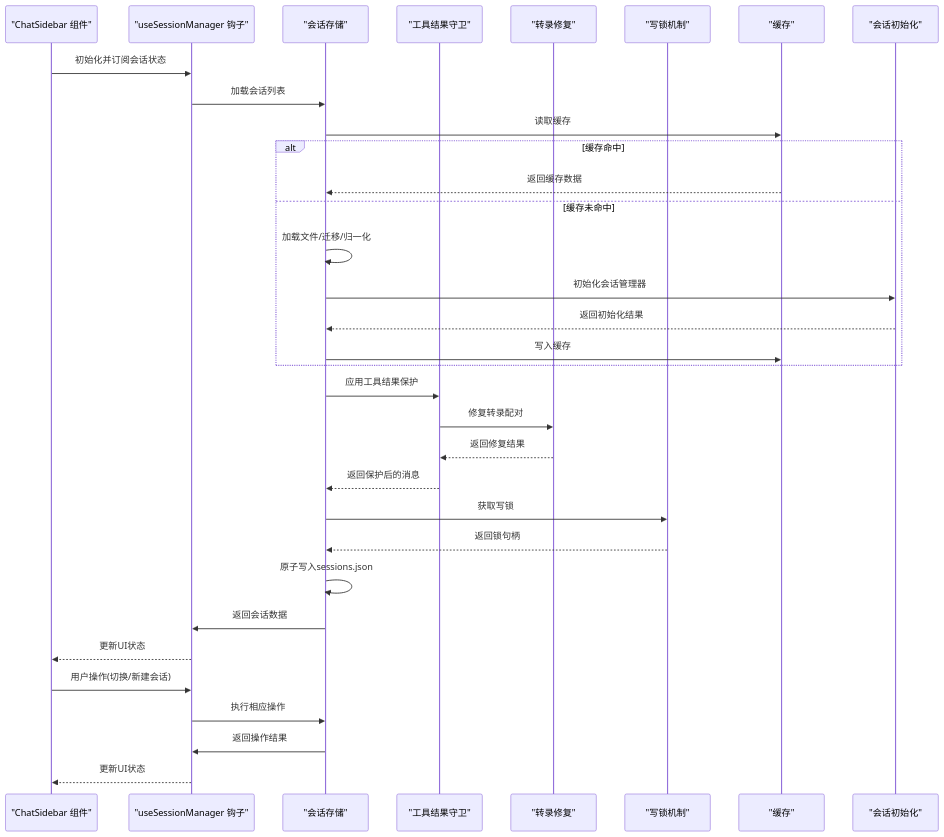
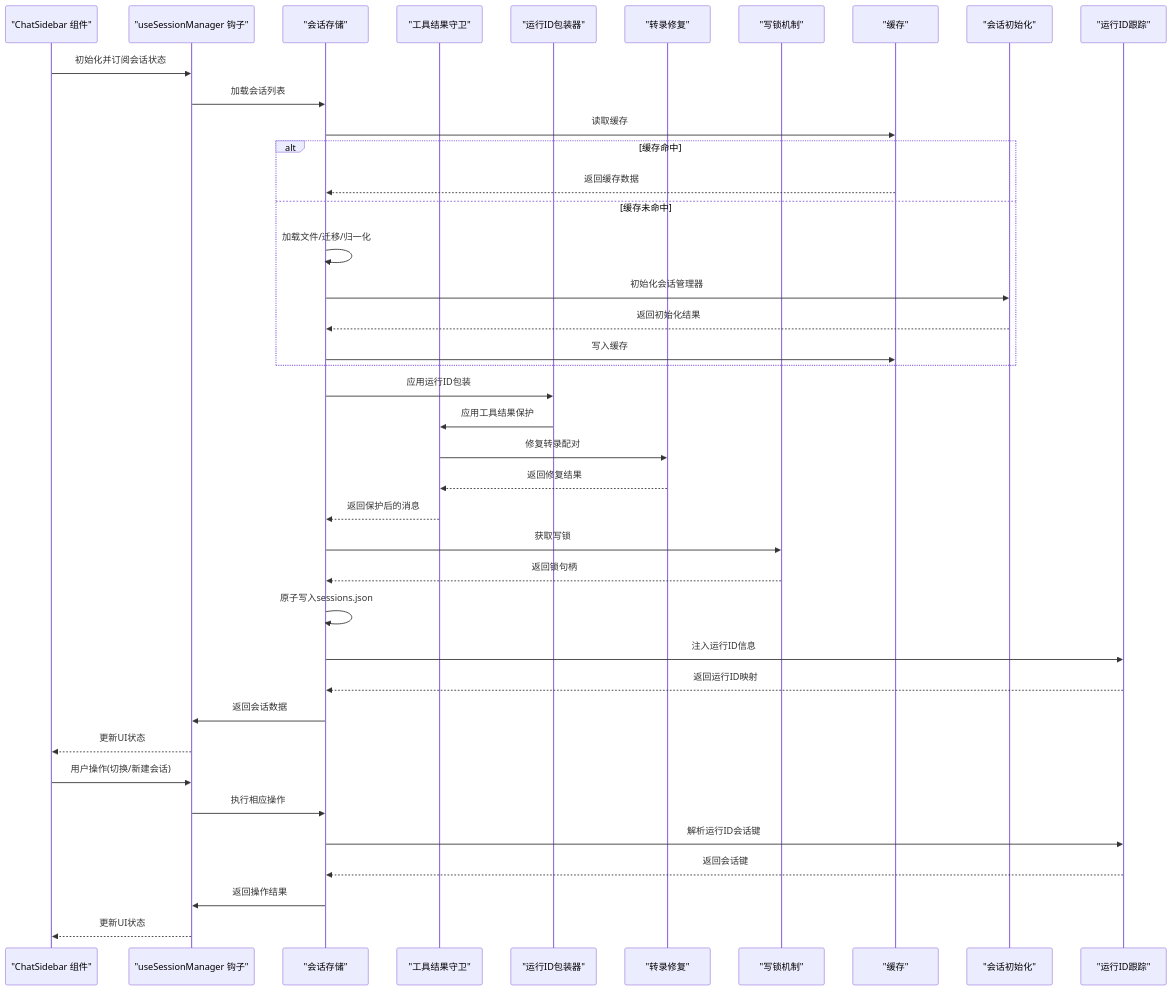
One commit to verse-ai-org/openclaw changed the second of 19 diagrams in .qoder/repowiki/zh/content/核心概念/会话管理.md. Above: the diagram before and after it, drawn with Mermaid. The commit also changed other lines of this file and 95 other files, not shown here.

````diff
--- a/.qoder/repowiki/zh/content/核心概念/会话管理.md
+++ b/.qoder/repowiki/zh/content/核心概念/会话管理.md
@@ -251,35 +274,42 @@
 ```mermaid
 sequenceDiagram
 participant UI as "ChatSidebar 组件"
 participant Hook as "useSessionManager 钩子"
 participant Store as "会话存储"
 participant Guard as "工具结果守卫"
+participant Wrapper as "运行ID包装器"
 participant Repair as "转录修复"
 participant Lock as "写锁机制"
 participant Cache as "缓存"
 participant Init as "会话初始化"
+participant RunID as "运行ID跟踪"
 UI->>Hook : 初始化并订阅会话状态
 Hook->>Store : 加载会话列表
 Store->>Cache : 读取缓存
 alt 缓存命中
 Cache-->>Store : 返回缓存数据
 else 缓存未命中
 Store->>Store : 加载文件/迁移/归一化
 Store->>Init : 初始化会话管理器
 Init-->>Store : 返回初始化结果
 Store->>Cache : 写入缓存
 end
-Store->>Guard : 应用工具结果保护
+Store->>Wrapper : 应用运行ID包装
+Wrapper->>Guard : 应用工具结果保护
 Guard->>Repair : 修复转录配对
 Repair-->>Guard : 返回修复结果
 Guard-->>Store : 返回保护后的消息
 Store->>Lock : 获取写锁
 Lock-->>Store : 返回锁句柄
 Store->>Store : 原子写入sessions.json
+Store->>RunID : 注入运行ID信息
+RunID-->>Store : 返回运行ID映射
 Store->>Hook : 返回会话数据
 Hook-->>UI : 更新UI状态
 UI->>Hook : 用户操作(切换/新建会话)
 Hook->>Store : 执行相应操作
+Store->>RunID : 解析运行ID会话键
+RunID-->>Store : 返回会话键
 Store->>Hook : 返回操作结果
 Hook-->>UI : 更新UI状态
 ```
````
